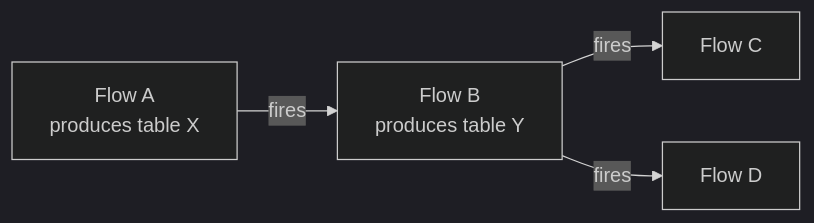
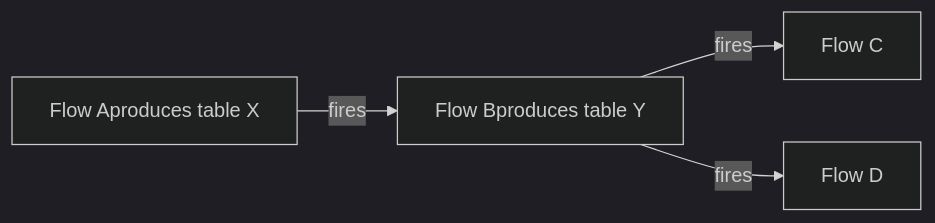
Before and after one commit to Edwardvaneechoud/Flowfile: the second of 2 diagrams in docs/users/visual-editor/catalog/virtual-tables.md, drawn with Mermaid (dark theme). The commit also changed other lines of this file and 5 other files, not shown here.

````diff
--- a/docs/users/visual-editor/catalog/virtual-tables.md
+++ b/docs/users/visual-editor/catalog/virtual-tables.md
@@ -175,6 +154,6 @@
 ```mermaid
 flowchart LR
-    A[Flow A<br/>produces table X] -->|fires| B[Flow B<br/>produces table Y]
+    A[Flow Aproduces table X] -->|fires| B[Flow Bproduces table Y]
     B -->|fires| C[Flow C]
     B -->|fires| D[Flow D]
 ```
````
